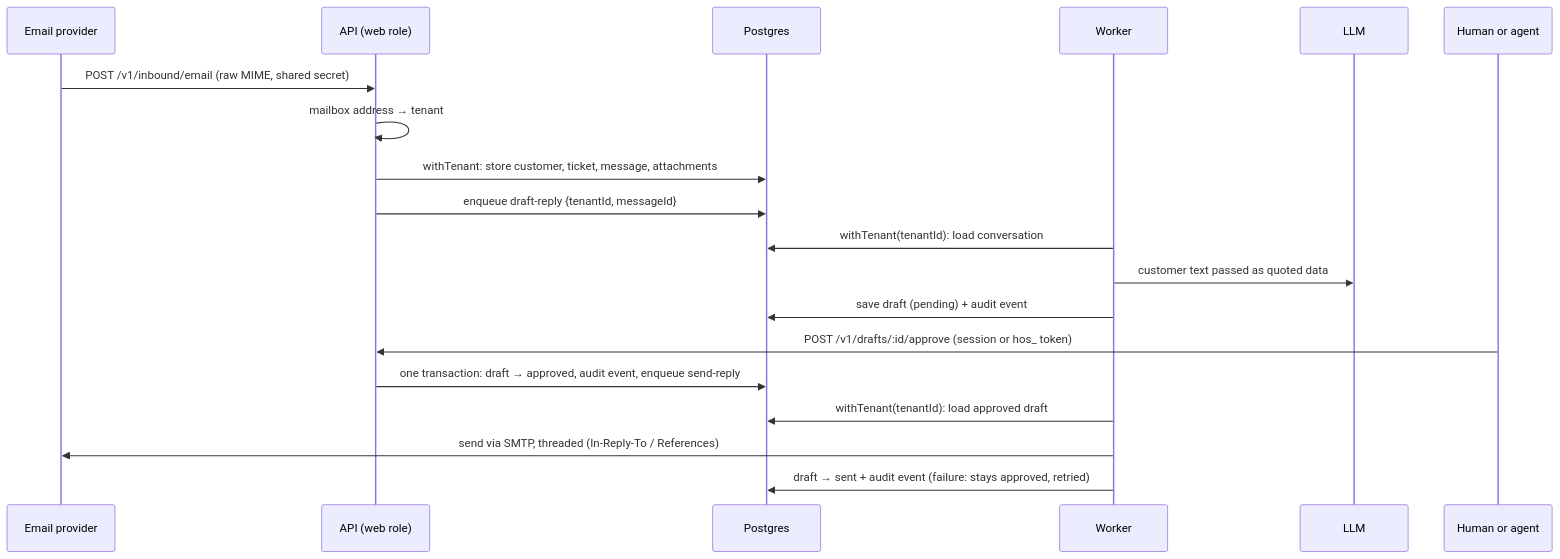
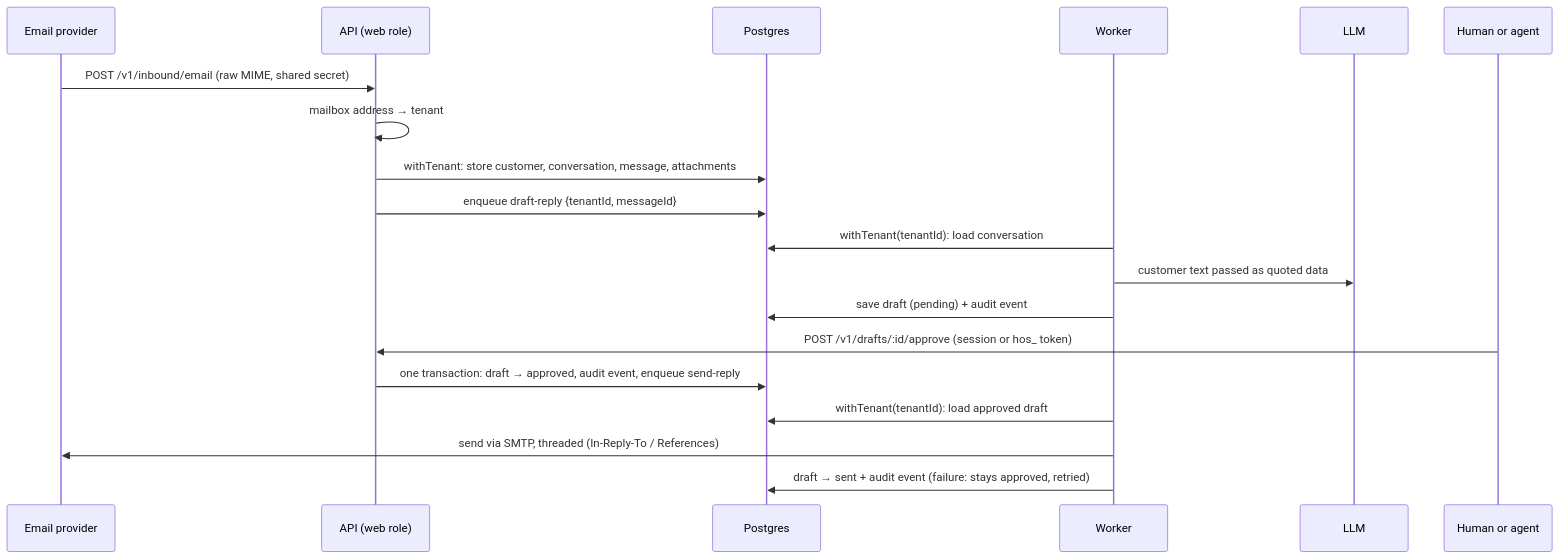
One commit to bsteps/helpos changed the second of 3 diagrams in docs/architecture/overview.md. Above: the diagram before and after it, drawn with Mermaid. The commit also changed other lines of this file and 120 other files, not shown here.

First line of the commit message:
refactor!: rename tickets to conversations across API, scopes, schema and dashboard (#192)

````diff
--- a/docs/architecture/overview.md
+++ b/docs/architecture/overview.md
@@ -58,22 +58,22 @@
 ```mermaid
 sequenceDiagram
   participant P as Email provider
   participant S as API (web role)
   participant DB as Postgres
   participant Q as Worker
   participant L as LLM
   participant H as Human or agent
 
   P->>S: POST /v1/inbound/email (raw MIME, shared secret)
   S->>S: mailbox address → tenant
-  S->>DB: withTenant: store customer, ticket, message, attachments
+  S->>DB: withTenant: store customer, conversation, message, attachments
   S->>DB: enqueue draft-reply {tenantId, messageId}
   Q->>DB: withTenant(tenantId): load conversation
   Q->>L: customer text passed as quoted data
   Q->>DB: save draft (pending) + audit event
   H->>S: POST /v1/drafts/:id/approve (session or hos_ token)
   S->>DB: one transaction: draft → approved, audit event, enqueue send-reply
   Q->>DB: withTenant(tenantId): load approved draft
   Q->>P: send via SMTP, threaded (In-Reply-To / References)
   Q->>DB: draft → sent + audit event (failure: stays approved, retried)
 ```
````
